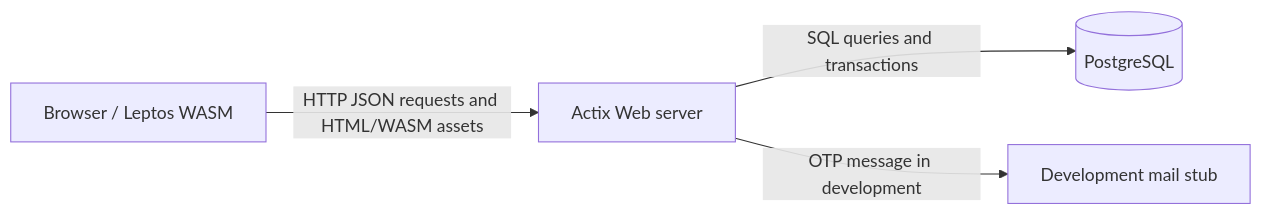
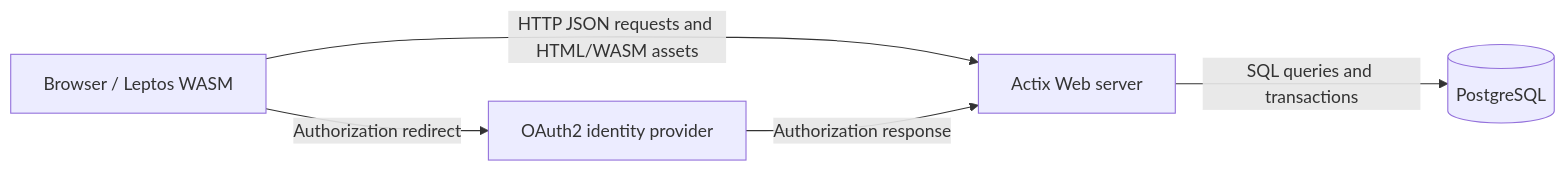
One commit to SE-FDA-NEU-AI66B/G8-DatingApp-AI66B changed the diagram in docs/architecture.md. Above: the diagram before and after it, drawn with Mermaid. The commit also changed 32 other files, not shown here.

````diff
--- a/docs/architecture.md
+++ b/docs/architecture.md
@@ -5,11 +5,12 @@
 ```mermaid
 flowchart LR
     Browser[Browser / Leptos WASM]
     Web[Actix Web server]
     DB[(PostgreSQL)]
-    Mail[Development mail stub]
+    IdP[OAuth2 identity provider]
 
     Browser -->|HTTP JSON requests and HTML/WASM assets| Web
     Web -->|SQL queries and transactions| DB
-    Web -->|OTP message in development| Mail
+    Browser -->|Authorization redirect| IdP
+    IdP -->|Authorization response| Web
 ```
````
